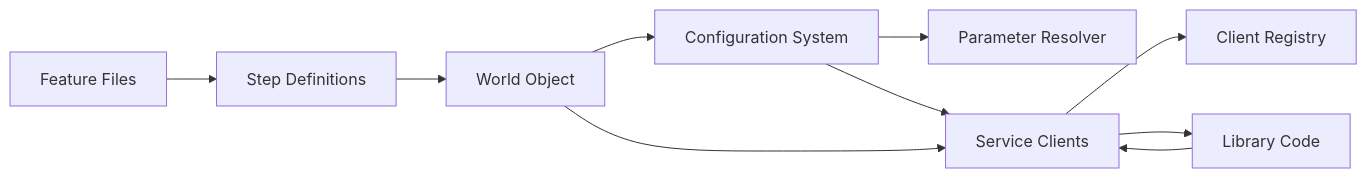
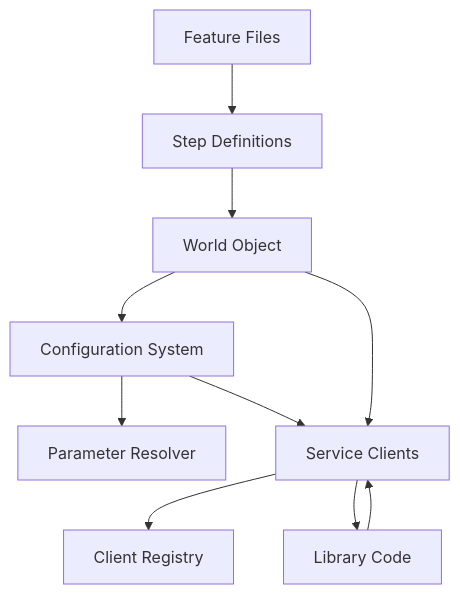
Before and after one commit to fabianopinto/smoker: the diagram in README.md, drawn with Mermaid. The commit also changed 1 other file, not shown here.

Commit message:
docs: switch Mermaid diagrams to top-down flow
- README.md: change architecture diagram direction from LR to TD
- docs/DEVELOPMENT_GUIDE.md: change components diagram direction from LR to TD
Rationale: top-down (TD) improves readability and aligns diagrams across docs.

````diff
--- a/README.md
+++ b/README.md
@@ -42,12 +42,12 @@
 ```mermaid
-graph LR
+graph TD
   A[Feature Files] --> B[Step Definitions]
   B --> C[World Object]
   C --> D[Configuration System]
   D --> F[Parameter Resolver]
   C --> E[Service Clients]
   E --> G[Client Registry]
   E --> H[Library Code]
   H --> E
   D --> E
 ```
````
